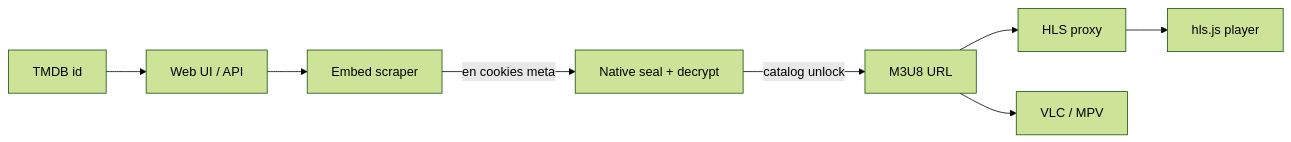
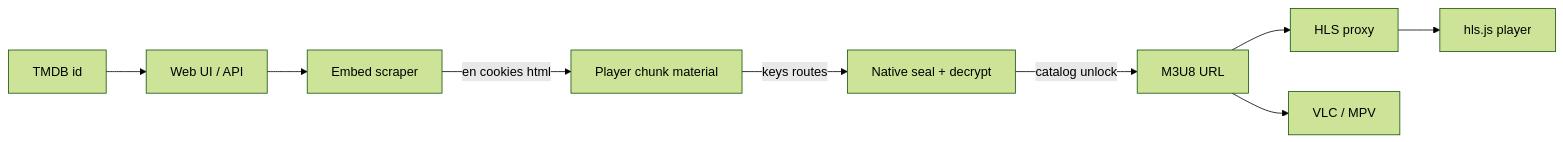
One commit to sharoon7171/vidcore-io-stream-resolver changed the diagram in README.md. Above: the diagram before and after it, drawn with Mermaid (forest theme). The commit also changed other lines of this file, not shown here.

Commit message:
document live player material recovery and VLC MPV quality flags

````diff
--- a/README.md
+++ b/README.md
@@ -69,10 +70,11 @@
 ```mermaid
 flowchart LR
   tmdb[TMDB id] --> ui[Web UI / API]
   ui --> scrape[Embed scraper]
-  scrape -->|en cookies meta| crypto[Native seal + decrypt]
+  scrape -->|en cookies html| material[Player chunk material]
+  material -->|keys routes| crypto[Native seal + decrypt]
   crypto -->|catalog unlock| m3u8[M3U8 URL]
   m3u8 --> proxy[HLS proxy]
   proxy --> player[hls.js player]
   m3u8 --> export[VLC / MPV]
 ```
````
